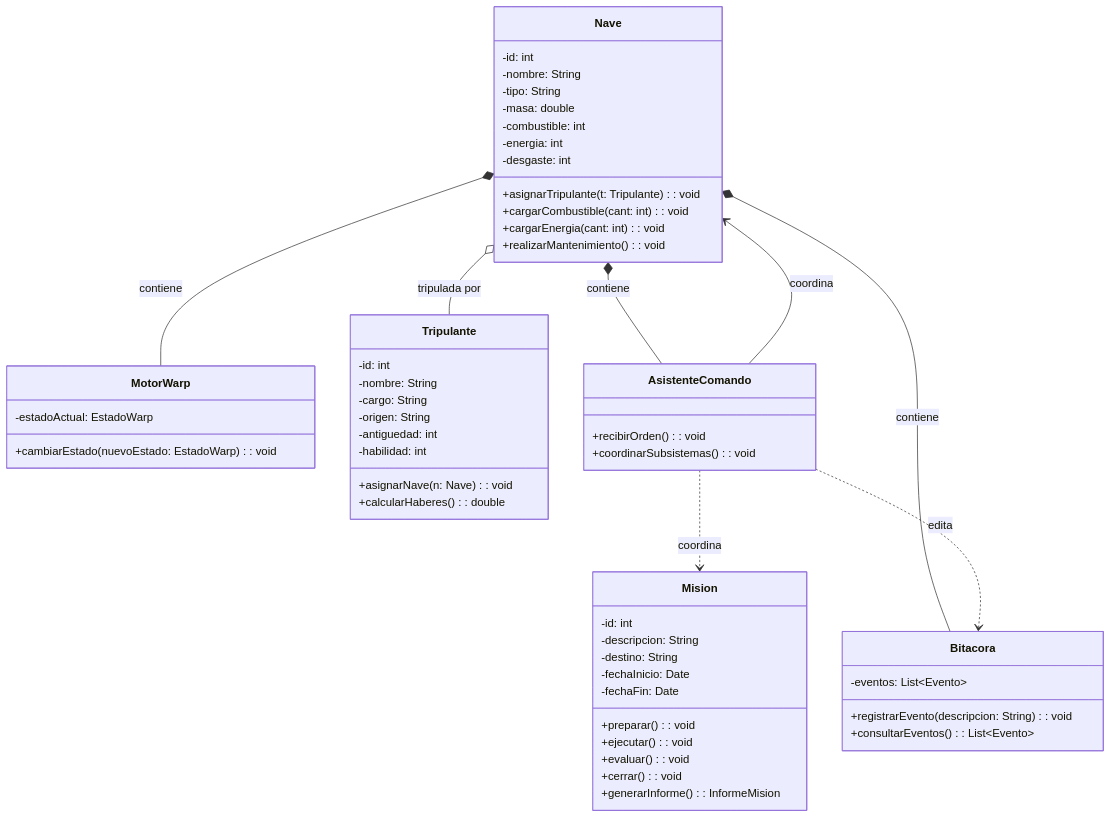
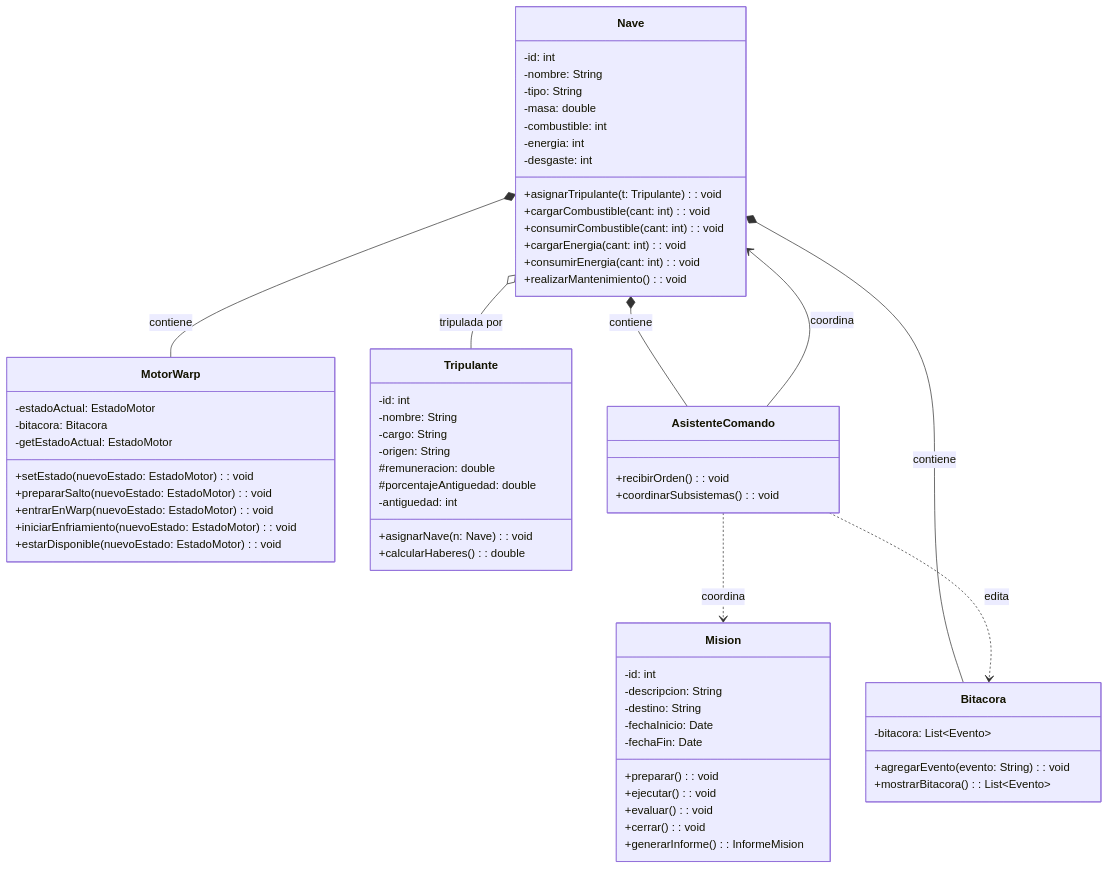
Before and after one commit to CamilaSanchezB/TPGrupalProgramacionC2026: the diagram in README.md, drawn with Mermaid.

Commit message:
Update class definitions and methods in README

````diff
--- a/README.md
+++ b/README.md
@@ -3,64 +3,73 @@
 ```mermaid
 classDiagram
     class Nave {
         -id: int
         -nombre: String
         -tipo: String
         -masa: double
         -combustible: int
         -energia: int
         -desgaste: int
         +asignarTripulante(t: Tripulante): void
         +cargarCombustible(cant: int): void
+        +consumirCombustible(cant: int): void
         +cargarEnergia(cant: int): void
+        +consumirEnergia(cant: int): void
         +realizarMantenimiento(): void
     }
 
     class MotorWarp {
-        -estadoActual: EstadoWarp
-        +cambiarEstado(nuevoEstado: EstadoWarp): void
+        -estadoActual: EstadoMotor
+        -bitacora: Bitacora
+        -getEstadoActual: EstadoMotor
+        +setEstado(nuevoEstado: EstadoMotor): void
+        +prepararSalto(nuevoEstado: EstadoMotor): void
+        +entrarEnWarp(nuevoEstado: EstadoMotor): void
+        +iniciarEnfriamiento(nuevoEstado: EstadoMotor): void
+        +estarDisponible(nuevoEstado: EstadoMotor): void
     }
 
     class Tripulante {
         -id: int
         -nombre: String
         -cargo: String
         -origen: String
+        #remuneracion: double
+        #porcentajeAntiguedad: double
         -antiguedad: int
-        -habilidad: int
         +asignarNave(n: Nave): void
         +calcularHaberes(): double
     }
 
     class AsistenteComando {
         +recibirOrden(): void
         +coordinarSubsistemas(): void
     }
 
     class Bitacora {
-        -eventos: List~Evento~
-        +registrarEvento(descripcion: String): void
-        +consultarEventos(): List~Evento~
+        -bitacora: List~Evento~
+        +agregarEvento(evento: String): void
+        +mostrarBitacora(): List~Evento~
     }
 
     class Mision {
         -id: int
         -descripcion: String
         -destino: String
         -fechaInicio: Date
         -fechaFin: Date
         +preparar(): void
         +ejecutar(): void
         +evaluar(): void
         +cerrar(): void
         +generarInforme(): InformeMision
     }
 
     Nave *-- MotorWarp : contiene
     Nave *-- AsistenteComando : contiene
     Nave *-- Bitacora : contiene
     Nave o-- Tripulante : tripulada por
     AsistenteComando ..> Mision : coordina
     AsistenteComando ..> Bitacora : edita
     AsistenteComando --> Nave : coordina
 ```
````
